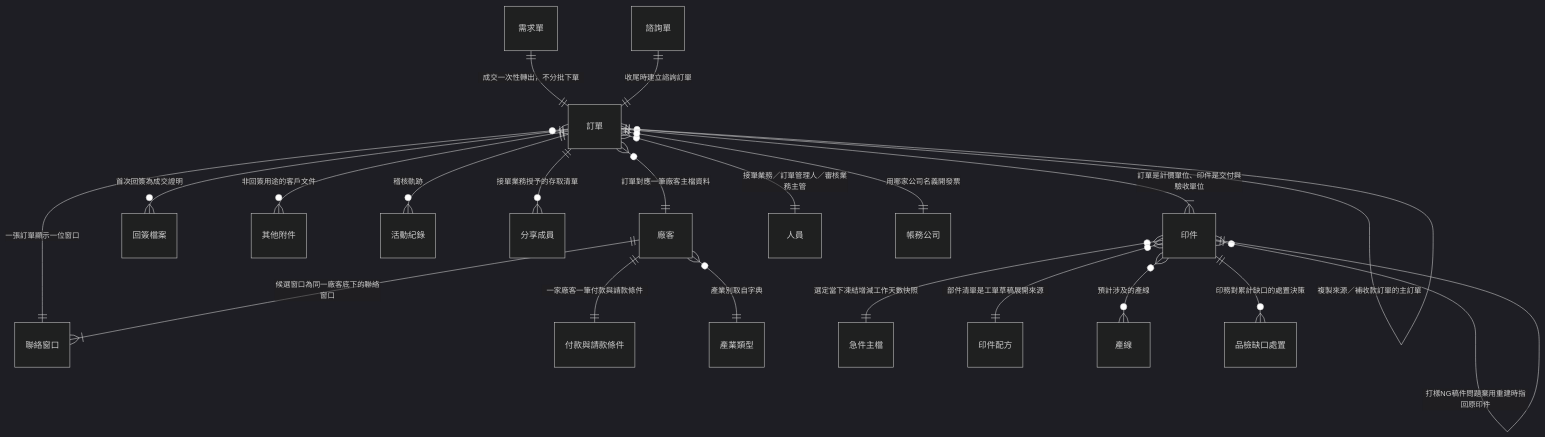
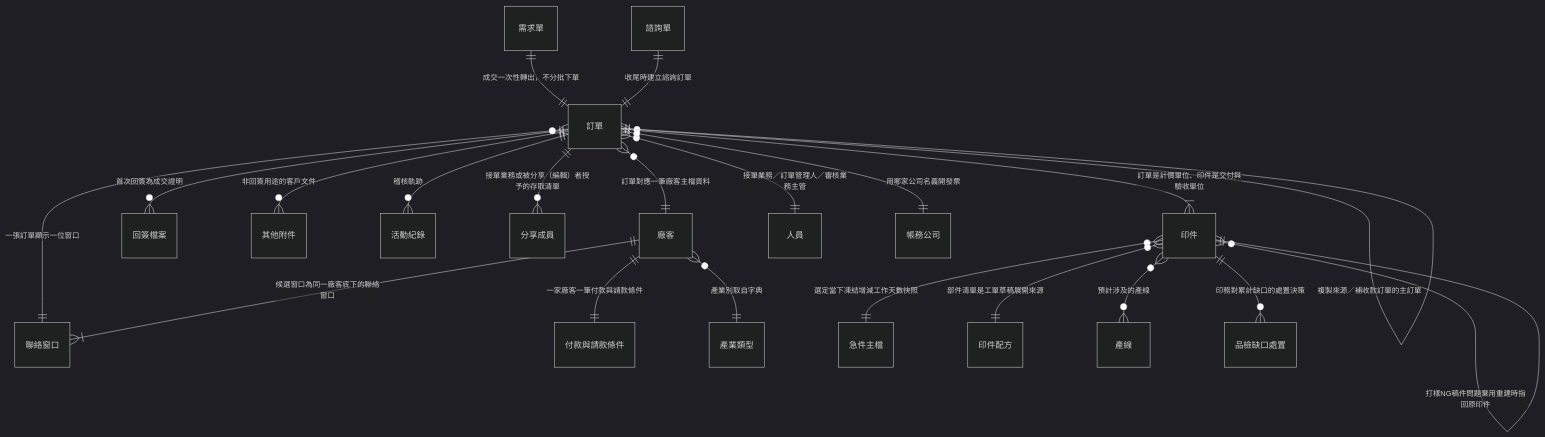
One commit to Kawato-Miles/erp-spec changed the first of 5 diagrams in memory/Sens_wiki/wiki/erp/05-entities/訂單領域資料結構總覽.md. Above: the diagram before and after it, drawn with Mermaid (dark theme). The commit also changed other lines of this file and 63 other files, not shown here.

````diff
--- a/memory/Sens_wiki/wiki/erp/05-entities/訂單領域資料結構總覽.md
+++ b/memory/Sens_wiki/wiki/erp/05-entities/訂單領域資料結構總覽.md
@@ -21,23 +22,23 @@
 ```mermaid
 erDiagram
     "需求單" ||--|| "訂單" : "成交一次性轉出，不分批下單"
     "諮詢單" ||--|| "訂單" : "收尾時建立諮詢訂單"
     "訂單" ||--|{ "印件" : "訂單是計價單位、印件是交付與驗收單位"
     "訂單" }o--|| "訂單" : "複製來源／補收款訂單的主訂單"
     "訂單" ||--o{ "回簽檔案" : "首次回簽為成交證明"
     "訂單" ||--o{ "其他附件" : "非回簽用途的客戶文件"
     "訂單" ||--o{ "活動紀錄" : "稽核軌跡"
-    "訂單" ||--o{ "分享成員" : "接單業務授予的存取清單"
+    "訂單" ||--o{ "分享成員" : "接單業務或被分享（編輯）者授予的存取清單"
     "訂單" }o--|| "廠客" : "訂單對應一筆廠客主檔資料"
     "訂單" }o--|| "聯絡窗口" : "一張訂單顯示一位窗口"
     "廠客" ||--|{ "聯絡窗口" : "候選窗口為同一廠客底下的聯絡窗口"
     "廠客" ||--|| "付款與請款條件" : "一家廠客一筆付款與請款條件"
     "廠客" }o--|| "產業類型" : "產業別取自字典"
     "訂單" }o--|| "人員" : "接單業務／訂單管理人／審核業務主管"
     "訂單" }o--|| "帳務公司" : "用哪家公司名義開發票"
     "印件" }o--|| "印件" : "打樣NG稿件問題棄用重建時指回原印件"
     "印件" }o--|| "急件主檔" : "選定當下凍結增減工作天數快照"
     "印件" }o--|| "印件配方" : "部件清單是工單草稿展開來源"
     "印件" }o--o{ "產線" : "預計涉及的產線"
     "印件" ||--o{ "品檢缺口處置" : "印務對累計缺口的處置決策"
 ```
````
